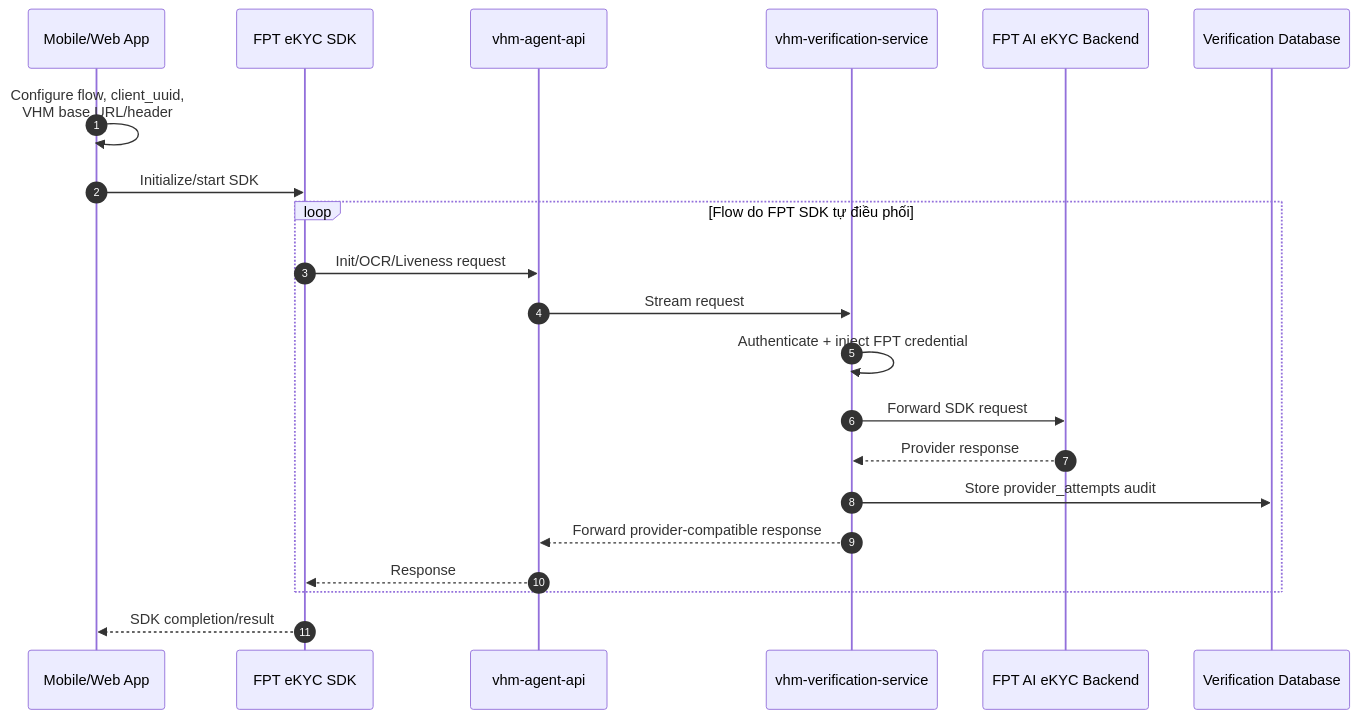
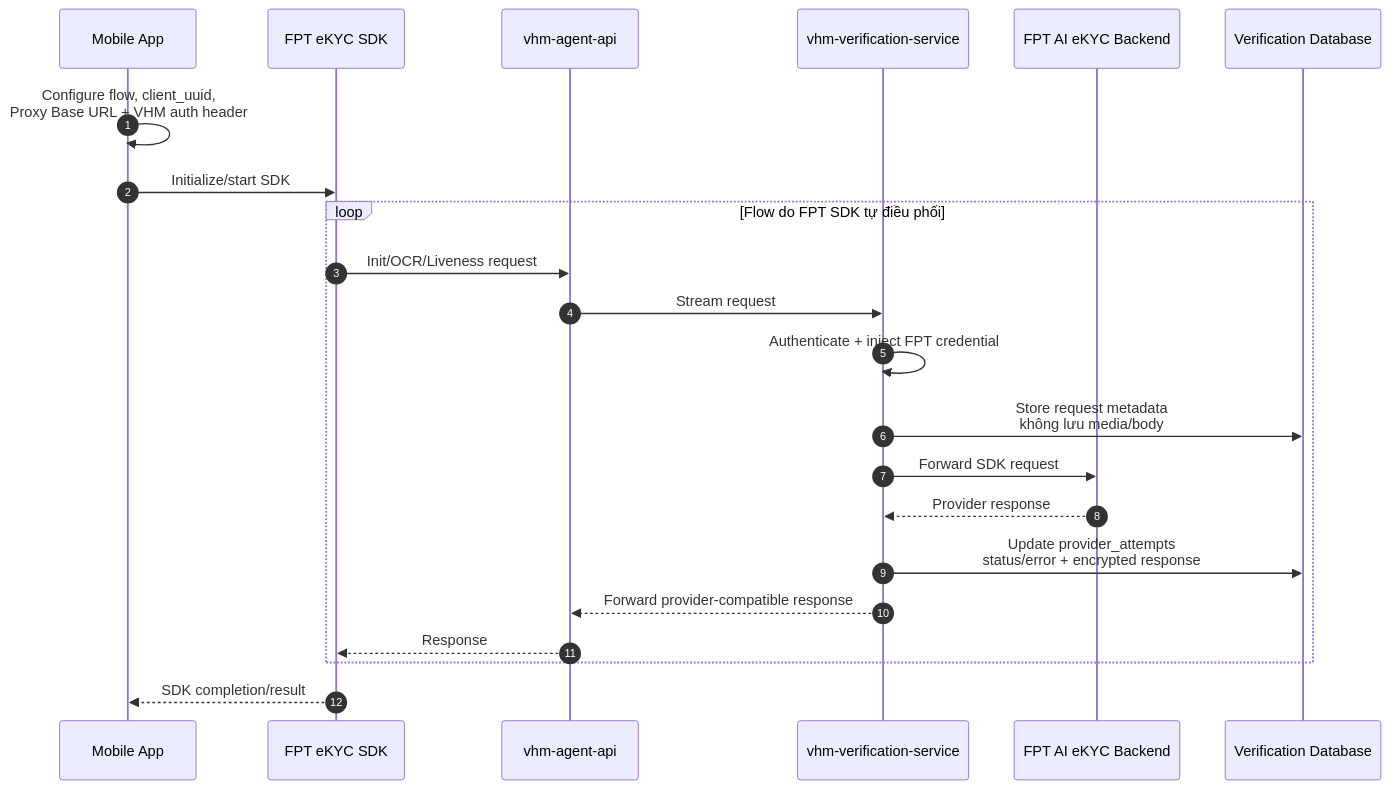
One commit to huynv-xyz/vhm changed the sixth of 7 diagrams in noxh-ekyc.md. Above: the diagram before and after it, drawn with Mermaid. The commit also changed other lines of this file, not shown here.

````diff
--- a/noxh-ekyc.md
+++ b/noxh-ekyc.md
@@ -420,26 +420,27 @@
 ```mermaid
 sequenceDiagram
     autonumber
-    participant APP as Mobile/Web App
+    participant APP as Mobile App
     participant SDK as FPT eKYC SDK
     participant BFF as vhm-agent-api
     participant VERIFY as vhm-verification-service
     participant FPT as FPT AI eKYC Backend
     participant DB as Verification Database
 
-    APP->>APP: Configure flow, client_uuid,<br/>VHM base URL/header
+    APP->>APP: Configure flow, client_uuid,<br/>Proxy Base URL + VHM auth header
     APP->>SDK: Initialize/start SDK
 
     loop Flow do FPT SDK tự điều phối
         SDK->>BFF: Init/OCR/Liveness request
         BFF->>VERIFY: Stream request
         VERIFY->>VERIFY: Authenticate + inject FPT credential
+        VERIFY->>DB: Store request metadata<br/>không lưu media/body
         VERIFY->>FPT: Forward SDK request
         FPT-->>VERIFY: Provider response
-        VERIFY->>DB: Store provider_attempts audit
+        VERIFY->>DB: Update provider_attempts<br/>status/error + encrypted response
         VERIFY-->>BFF: Forward provider-compatible response
         BFF-->>SDK: Response
     end
 
     SDK-->>APP: SDK completion/result
 ```
````
